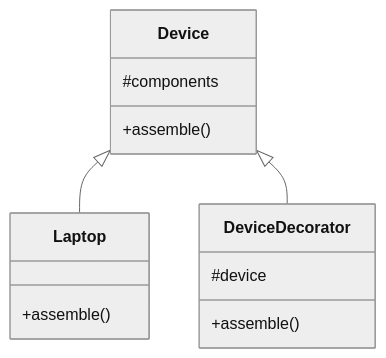
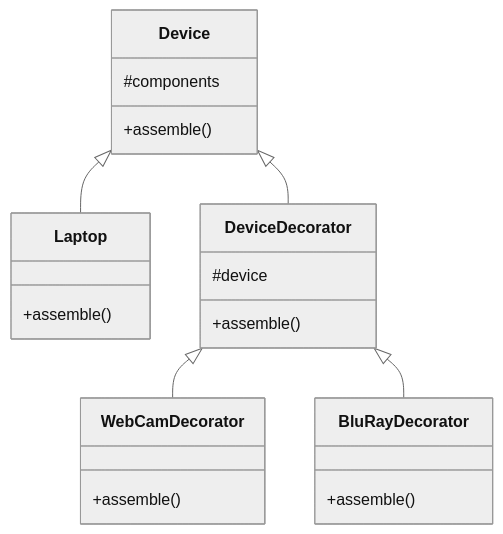
The diagram in README.md (fppuma/java-decorator), drawn with Mermaid (neutral theme) before and after one commit.

Commit message:
class diagram

````diff
--- a/README.md
+++ b/README.md
@@ -5,14 +5,22 @@
 ```mermaid
 classDiagram
   Device <|-- Laptop
   Device <|-- DeviceDecorator
+  DeviceDecorator <|-- WebCamDecorator
+  DeviceDecorator <|-- BluRayDecorator
   Device : #components
   Device : +assemble()
   class Laptop {
     +assemble()
   }
   class DeviceDecorator {
     #device
     +assemble()
   }
+  class WebCamDecorator {
+    +assemble()
+  }
+  class BluRayDecorator {
+    +assemble()
+  }
 ```
````
